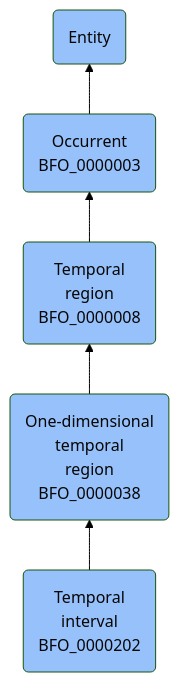
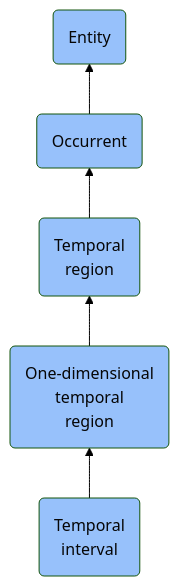
The diagram in docs/ontology/reference/model/Entity/Occurrent/Temporal region/One-dimensional temporal region/Temporal interval/Temporal interval.md (jupyter-naas/abi), drawn with Mermaid (forest theme) before and after one commit. The commit also changed other lines of this file and 1430 other files, not shown here.

````diff
--- a/docs/ontology/reference/model/Entity/Occurrent/Temporal region/One-dimensional temporal region/Temporal interval/Temporal interval.md
+++ b/docs/ontology/reference/model/Entity/Occurrent/Temporal region/One-dimensional temporal region/Temporal interval/Temporal interval.md
@@ -24,12 +24,12 @@
 ```mermaid
 graph BT
-    BFO_0000202(Temporal<br>interval<br>BFO_0000202):::BFO-->BFO_0000038
-    BFO_0000038(One-dimensional<br>temporal<br>region<br>BFO_0000038):::BFO-->BFO_0000008
-    BFO_0000008(Temporal<br>region<br>BFO_0000008):::BFO-->BFO_0000003
-    BFO_0000003(Occurrent<br>BFO_0000003):::BFO-->BFO_0000001
+    BFO_0000202(Temporal<br>interval):::BFO-->BFO_0000038
+    BFO_0000038(One-dimensional<br>temporal<br>region):::BFO-->BFO_0000008
+    BFO_0000008(Temporal<br>region):::BFO-->BFO_0000003
+    BFO_0000003(Occurrent):::BFO-->BFO_0000001
     BFO_0000001(Entity):::BFO
     
     classDef BFO fill:#97c1fb,color:#060606
     classDef CCO fill:#e4c51e,color:#060606
     classDef ABI fill:#48DD82,color:#060606
 ```
````
